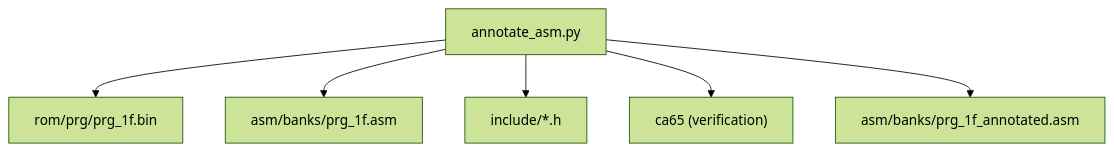
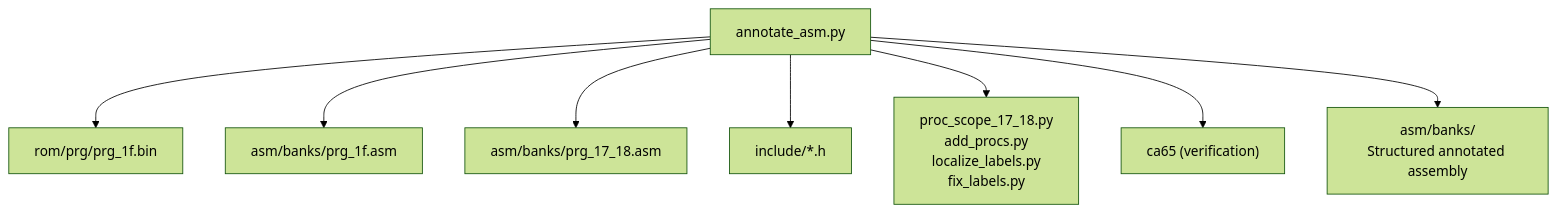
Before and after one commit to rabbyzero/sango2dasm: the fourth of 4 diagrams in .qoder/repowiki/en/content/Build System and Tools/Code Annotation and Documentation Tools.md, drawn with Mermaid (forest theme). The commit also changed other lines of this file and 20 other files, not shown here.

````diff
--- a/.qoder/repowiki/en/content/Build System and Tools/Code Annotation and Documentation Tools.md
+++ b/.qoder/repowiki/en/content/Build System and Tools/Code Annotation and Documentation Tools.md
@@ -250,14 +257,18 @@
 ```mermaid
 graph TB
 AN["annotate_asm.py"]
 BIN["rom/prg/prg_1f.bin"]
 ASM["asm/banks/prg_1f.asm"]
+ASM17_18["asm/banks/prg_17_18.asm"]
 INC["include/*.h"]
+PROC_TOOLS["proc_scope_17_18.py<br/>add_procs.py<br/>localize_labels.py<br/>fix_labels.py"]
 CA65["ca65 (verification)"]
-OUT["asm/banks/prg_1f_annotated.asm"]
+OUT["asm/banks/<br/>Structured annotated assembly"]
 AN --> BIN
 AN --> ASM
+AN --> ASM17_18
 AN --> INC
+AN --> PROC_TOOLS
 AN --> CA65
 AN --> OUT
 ```
````
